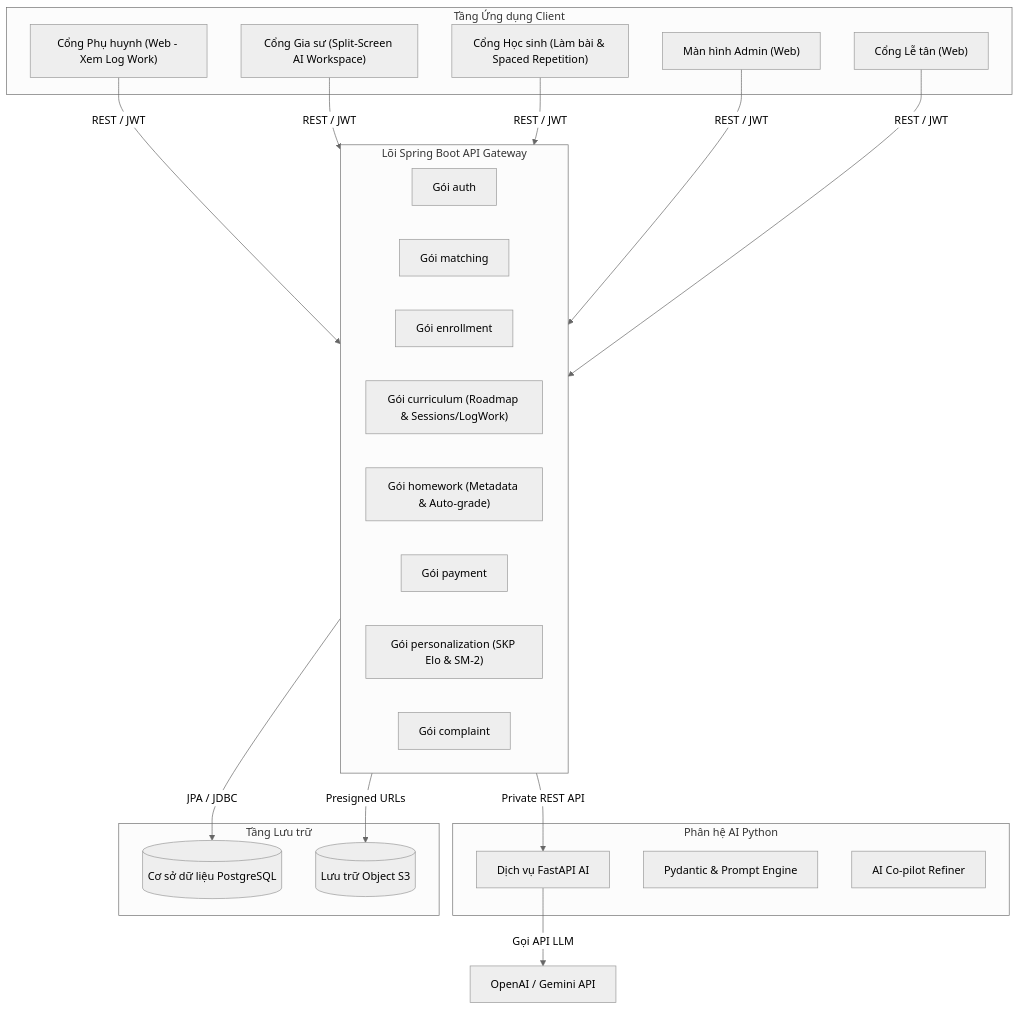
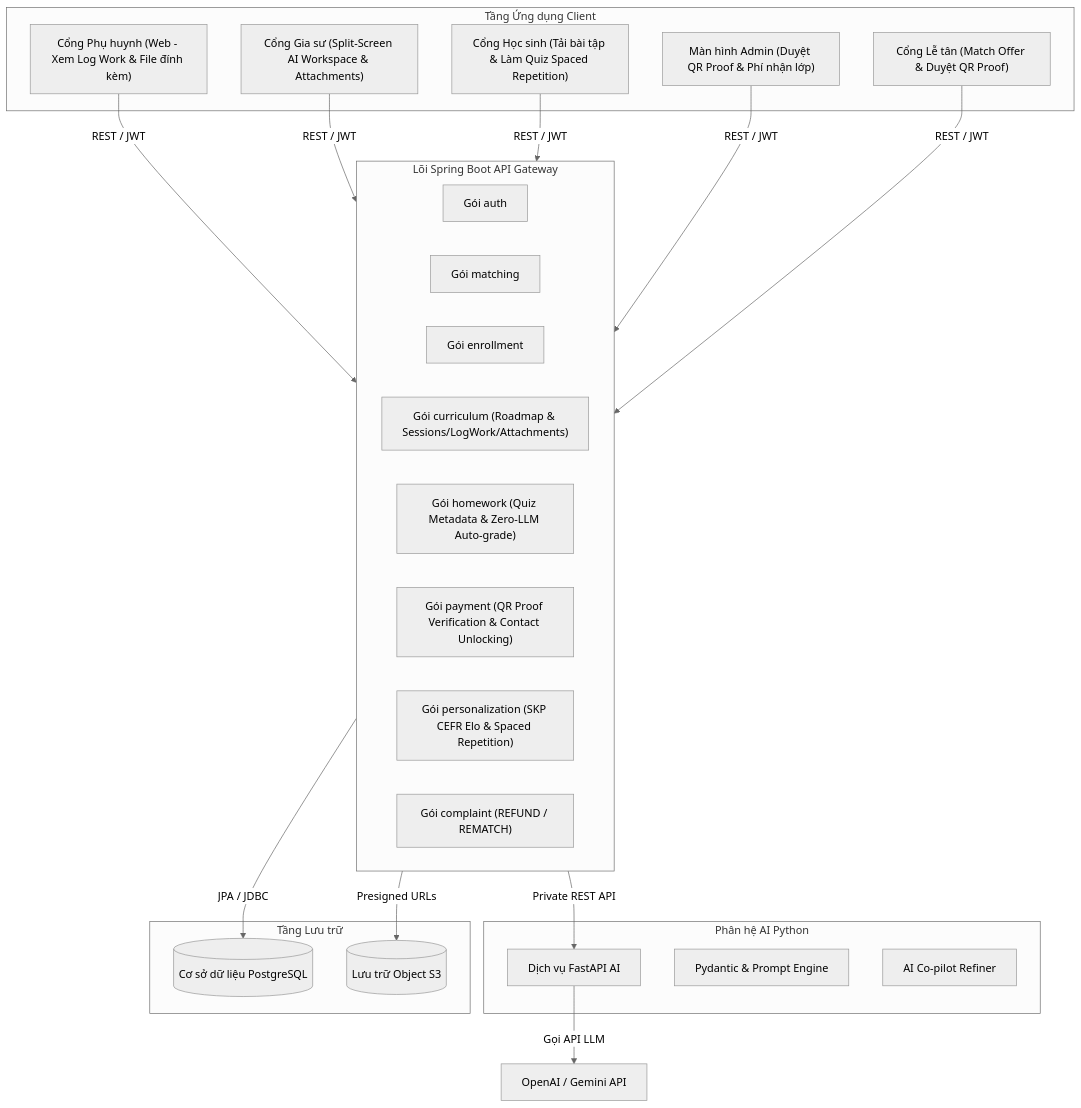
One commit to quangnguyenviet/English-tutor-platform-final-project-2026 changed the first of 3 diagrams in _bmad-output/planning-artifacts/architecture/architecture-final_project-2026-09-07/ARCHITECTURE-SPINE.md. Above: the diagram before and after it, drawn with Mermaid (neutral theme). The commit also changed other lines of this file and 12 other files, not shown here.

````diff
--- a/_bmad-output/planning-artifacts/architecture/architecture-final_project-2026-09-07/ARCHITECTURE-SPINE.md
+++ b/_bmad-output/planning-artifacts/architecture/architecture-final_project-2026-09-07/ARCHITECTURE-SPINE.md
@@ -62,44 +66,44 @@
 ```mermaid
 graph TD
     subgraph Clients["Tầng Ứng dụng Client"]
-        ParentPortal["Cổng Phụ huynh (Web - Xem Log Work)"]
-        TutorPortal["Cổng Gia sư (Split-Screen AI Workspace)"]
-        StudentPortal["Cổng Học sinh (Làm bài & Spaced Repetition)"]
-        AdminDashboard["Màn hình Admin (Web)"]
-        ReceptionistPortal["Cổng Lễ tân (Web)"]
+        ParentPortal["Cổng Phụ huynh (Web - Xem Log Work & File đính kèm)"]
+        TutorPortal["Cổng Gia sư (Split-Screen AI Workspace & Attachments)"]
+        StudentPortal["Cổng Học sinh (Tải bài tập & Làm Quiz Spaced Repetition)"]
+        AdminDashboard["Màn hình Admin (Duyệt QR Proof & Phí nhận lớp)"]
+        ReceptionistPortal["Cổng Lễ tân (Match Offer & Duyệt QR Proof)"]
     end
 
     subgraph BackendGateway["Lõi Spring Boot API Gateway"]
         AuthModule["Gói auth"]
         MatchingModule["Gói matching"]
         EnrollmentModule["Gói enrollment"]
-        CurriculumModule["Gói curriculum (Roadmap & Sessions/LogWork)"]
-        HomeworkModule["Gói homework (Metadata & Auto-grade)"]
-        PaymentModule["Gói payment"]
-        PersonalizationModule["Gói personalization (SKP Elo & SM-2)"]
-        ComplaintModule["Gói complaint"]
+        CurriculumModule["Gói curriculum (Roadmap & Sessions/LogWork/Attachments)"]
+        HomeworkModule["Gói homework (Quiz Metadata & Zero-LLM Auto-grade)"]
+        PaymentModule["Gói payment (QR Proof Verification & Contact Unlocking)"]
+        PersonalizationModule["Gói personalization (SKP CEFR Elo & Spaced Repetition)"]
+        ComplaintModule["Gói complaint (REFUND / REMATCH)"]
     end
 
     subgraph AIService["Phân hệ AI Python"]
         FastAPIWorker["Dịch vụ FastAPI AI"]
         PromptEngine["Pydantic & Prompt Engine"]
         CoPilotChat["AI Co-pilot Refiner"]
     end
 
     subgraph Storage["Tầng Lưu trữ"]
         PostgreSQL[("Cơ sở dữ liệu PostgreSQL")]
         S3Storage[("Lưu trữ Object S3")]
     end
 
     ParentPortal -->|REST / JWT| BackendGateway
     TutorPortal -->|REST / JWT| BackendGateway
     StudentPortal -->|REST / JWT| BackendGateway
     AdminDashboard -->|REST / JWT| BackendGateway
     ReceptionistPortal -->|REST / JWT| BackendGateway
 
     BackendGateway -->|JPA / JDBC| PostgreSQL
     BackendGateway -->|Presigned URLs| S3Storage
     BackendGateway -->|Private REST API| FastAPIWorker
 
     FastAPIWorker -->|Gọi API LLM| ExternalLLM["OpenAI / Gemini API"]
 ```
````
